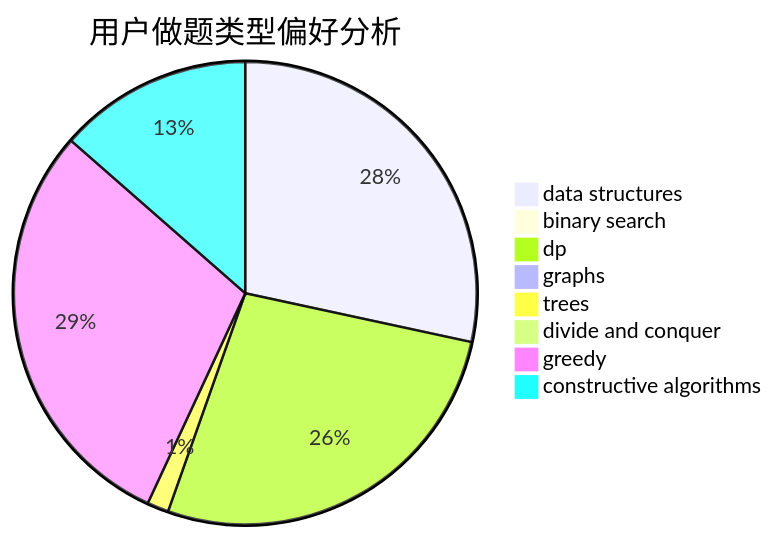
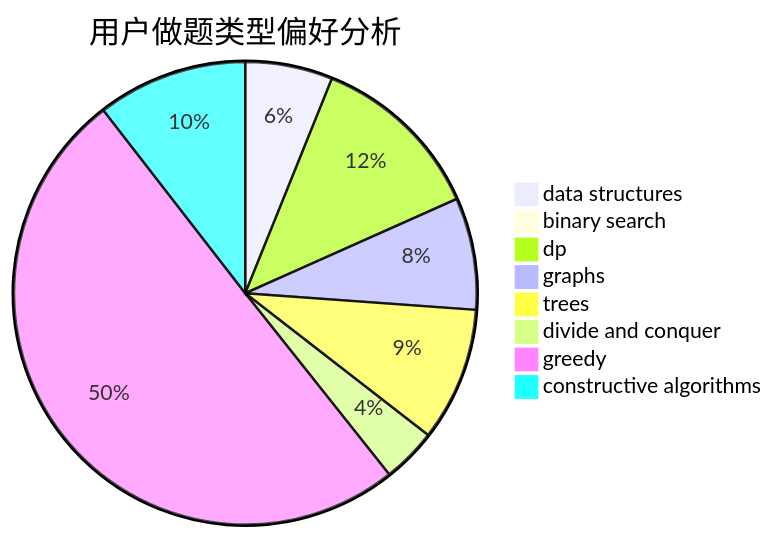
Before and after one commit to sherpahu/cfrs.github.io: the second of 3 diagrams in docs/user/u1030.md, drawn with Mermaid. The commit also changed other lines of this file and 2770 other files, not shown here.

````diff
--- a/docs/user/u1030.md
+++ b/docs/user/u1030.md
@@ -23,11 +23,11 @@
 ```mermaid
 pie title 用户做题类型偏好分析
-    "data structures" :  396
-    "binary search" :  10
-    "dp" :  377
-    "graphs" :  14
-    "trees" :  21
-    "divide and conquer" :  10
-    "greedy" :  412
-    "constructive algorithms" :  189
+    "data structures" :  32
+    "binary search" :  1
+    "dp" :  64
+    "graphs" :  41
+    "trees" :  49
+    "divide and conquer" :  20
+    "greedy" :  263
+    "constructive algorithms" :  55
 ```
````
